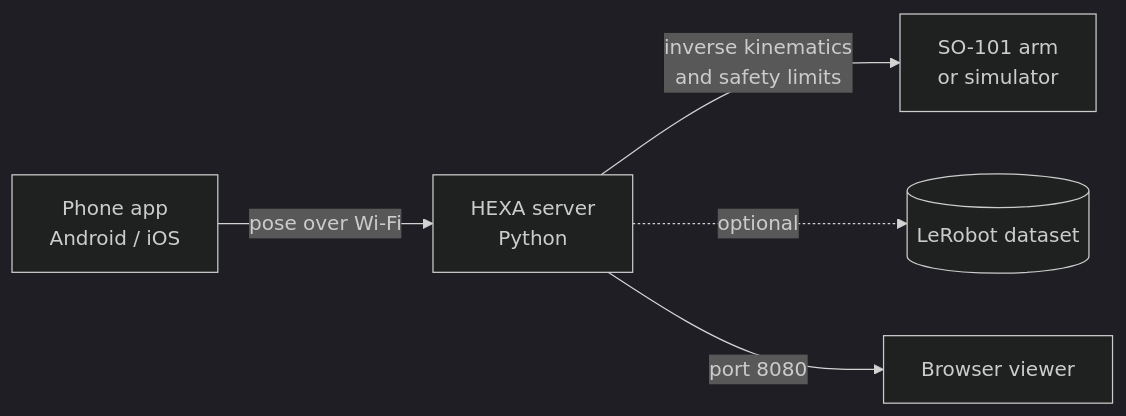
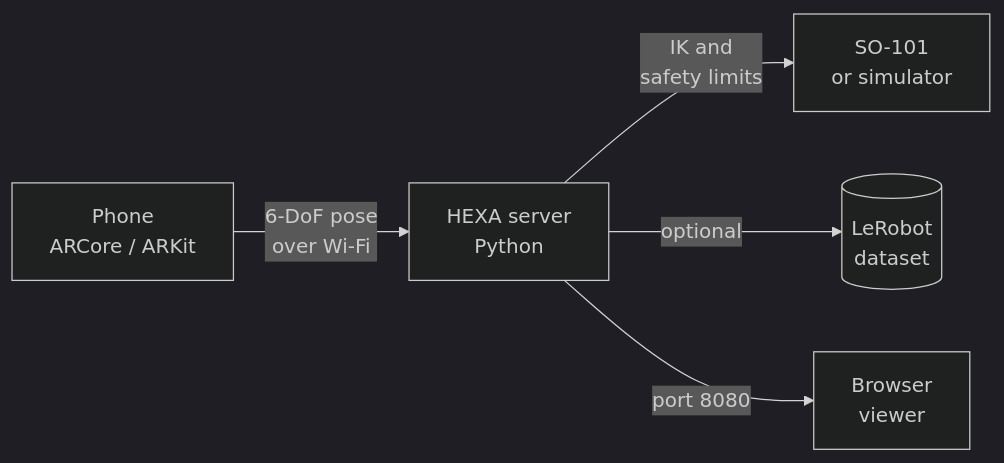
One commit to amlikhitha333/Hexa666 changed the diagram in README.md. Above: the diagram before and after it, drawn with Mermaid (dark theme). The commit also changed other lines of this file, not shown here.

````diff
--- a/README.md
+++ b/README.md
@@ -49,7 +51,7 @@
 ```mermaid
 flowchart LR
-    A[Phone app<br>Android / iOS] -->|pose over Wi-Fi| B[HEXA server<br>Python]
-    B -->|inverse kinematics<br>and safety limits| C[SO-101 arm<br>or simulator]
-    B -.->|optional| D[(LeRobot dataset)]
-    B -->|port 8080| E[Browser viewer]
+    P["Phone<br>ARCore / ARKit"] -->|"6-DoF pose<br>over Wi-Fi"| S["HEXA server<br>Python"]
+    S -->|"IK and<br>safety limits"| A["SO-101<br>or simulator"]
+    S -->|"optional"| D[("LeRobot<br>dataset")]
+    S -->|"port 8080"| V["Browser<br>viewer"]
 ```
````
